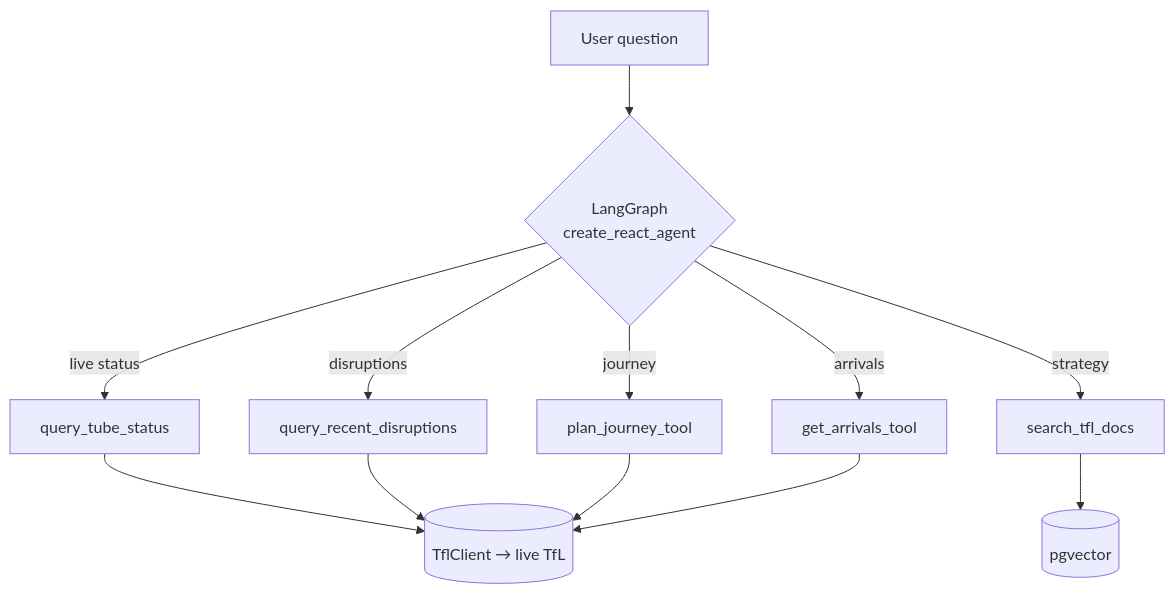
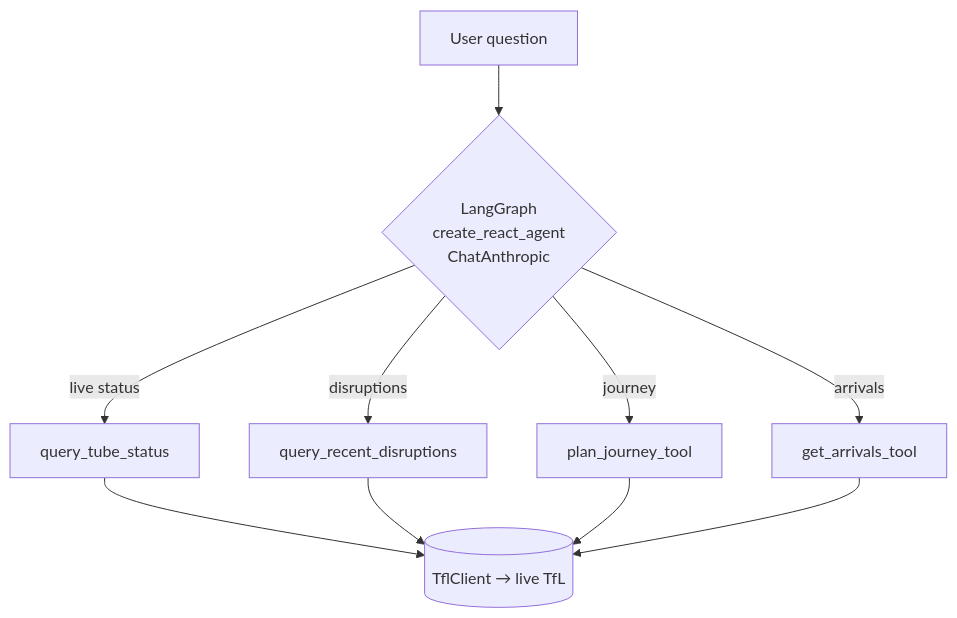
One commit to hcslomeu/tfl-monitor changed the second of 4 diagrams in docs/architecture.md. Above: the diagram before and after it, drawn with Mermaid. The commit also changed other lines of this file and 140 other files, not shown here.

````diff
--- a/docs/architecture.md
+++ b/docs/architecture.md
@@ -96,15 +79,13 @@
 ```mermaid
 graph TD
-    Q[User question] --> ROUTER{LangGraph<br/>create_react_agent}
+    Q[User question] --> ROUTER{LangGraph<br/>create_react_agent<br/>ChatAnthropic}
     ROUTER -->|live status| T1[query_tube_status]
     ROUTER -->|disruptions| T2[query_recent_disruptions]
     ROUTER -->|journey| T3[plan_journey_tool]
     ROUTER -->|arrivals| T4[get_arrivals_tool]
-    ROUTER -->|strategy| T5[search_tfl_docs]
 
     T1 --> CLIENT[(TflClient → live TfL)]
     T2 --> CLIENT
     T3 --> CLIENT
     T4 --> CLIENT
-    T5 --> VEC[(pgvector)]
 ```
````
